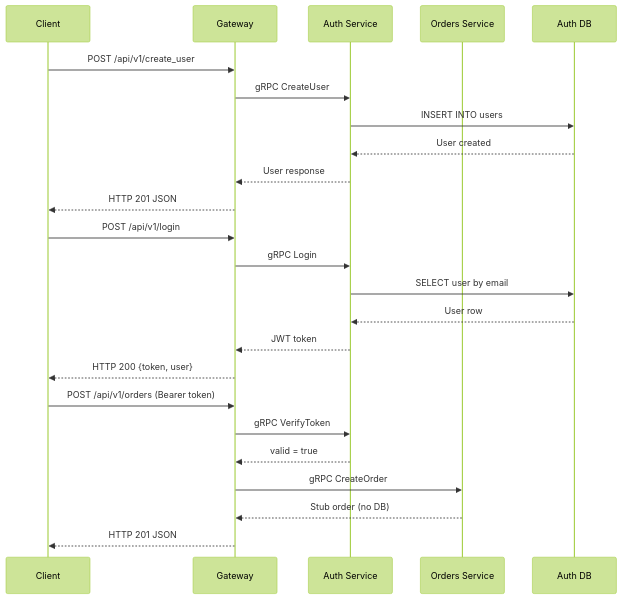
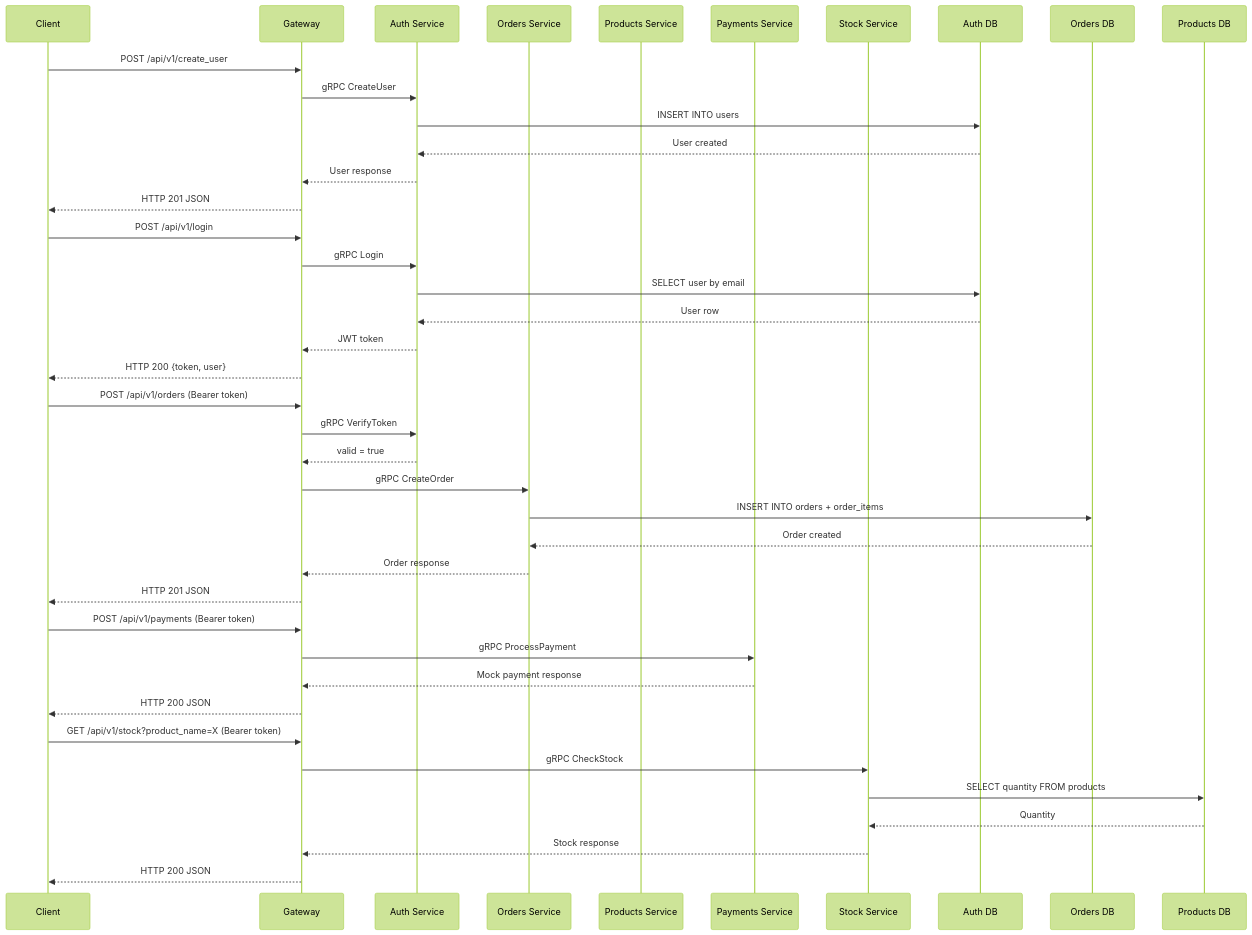
Before and after one commit to Akene-Uzezi/ecommerce-microservice: the second of 3 diagrams in architecture.md, drawn with Mermaid (forest theme). The commit also changed other lines of this file and 1 other file, not shown here.

````diff
--- a/architecture.md
+++ b/architecture.md
@@ -34,29 +38,48 @@
 ```mermaid
 sequenceDiagram
     participant C as Client
     participant G as Gateway
     participant A as Auth Service
     participant O as Orders Service
+    participant P as Products Service
+    participant PM as Payments Service
+    participant S as Stock Service
     participant ADB as Auth DB
+    participant ODB as Orders DB
+    participant PDB as Products DB
 
     C->>G: POST /api/v1/create_user
     G->>A: gRPC CreateUser
     A->>ADB: INSERT INTO users
     ADB-->>A: User created
     A-->>G: User response
     G-->>C: HTTP 201 JSON
 
     C->>G: POST /api/v1/login
     G->>A: gRPC Login
     A->>ADB: SELECT user by email
     ADB-->>A: User row
     A-->>G: JWT token
     G-->>C: HTTP 200 {token, user}
 
     C->>G: POST /api/v1/orders (Bearer token)
     G->>A: gRPC VerifyToken
     A-->>G: valid = true
     G->>O: gRPC CreateOrder
-    O-->>G: Stub order (no DB)
+    O->>ODB: INSERT INTO orders + order_items
+    ODB-->>O: Order created
+    O-->>G: Order response
     G-->>C: HTTP 201 JSON
+
+    C->>G: POST /api/v1/payments (Bearer token)
+    G->>PM: gRPC ProcessPayment
+    PM-->>G: Mock payment response
+    G-->>C: HTTP 200 JSON
+
+    C->>G: GET /api/v1/stock?product_name=X (Bearer token)
+    G->>S: gRPC CheckStock
+    S->>PDB: SELECT quantity FROM products
+    PDB-->>S: Quantity
+    S-->>G: Stock response
+    G-->>C: HTTP 200 JSON
 ```
````
